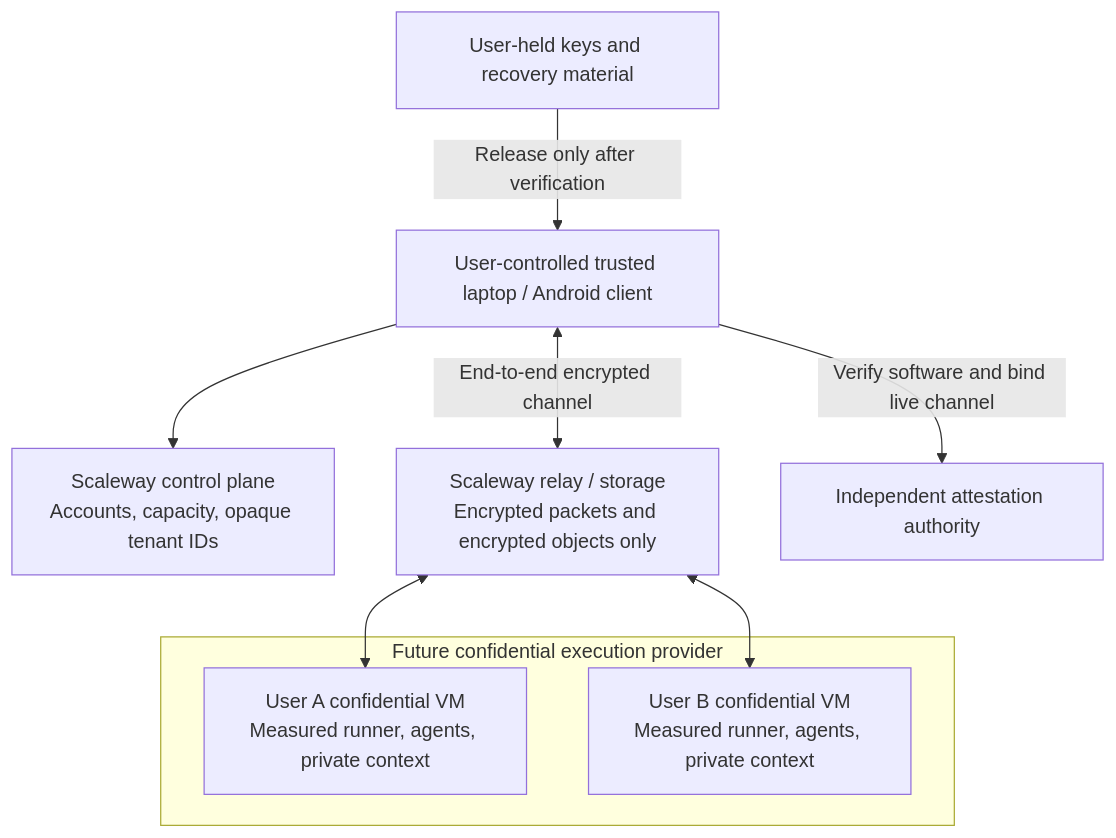
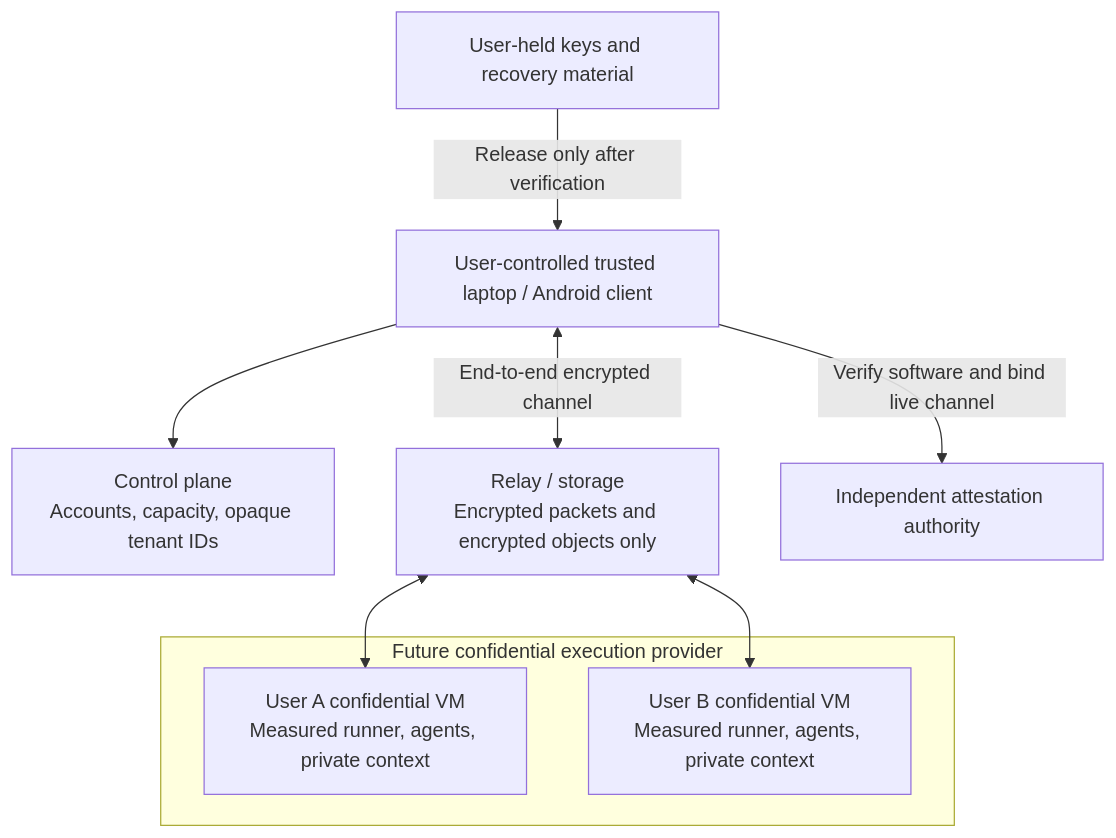
One commit to jdubpark/infinite changed the diagram in docs/multi-tenant.md. Above: the diagram before and after it, drawn with Mermaid. The commit also changed other lines of this file and 25 other files, not shown here.

````diff
--- a/docs/multi-tenant.md
+++ b/docs/multi-tenant.md
@@ -24,18 +24,18 @@
 ```mermaid
 flowchart TB
   D[User-controlled trusted laptop / Android client]
-  C[Scaleway control plane\nAccounts, capacity, opaque tenant IDs]
-  R[Scaleway relay / storage\nEncrypted packets and encrypted objects only]
+  C[Control plane\nAccounts, capacity, opaque tenant IDs]
+  R[Relay / storage\nEncrypted packets and encrypted objects only]
   A[Independent attestation authority]
   K[User-held keys and recovery material]
   subgraph Future[Future confidential execution provider]
     V1[User A confidential VM\nMeasured runner, agents, private context]
     V2[User B confidential VM\nMeasured runner, agents, private context]
   end
   D --> C
   D <-->|End-to-end encrypted channel| R
   R <--> V1
   R <--> V2
   D -->|Verify software and bind live channel| A
   K -->|Release only after verification| D
 ```
````
